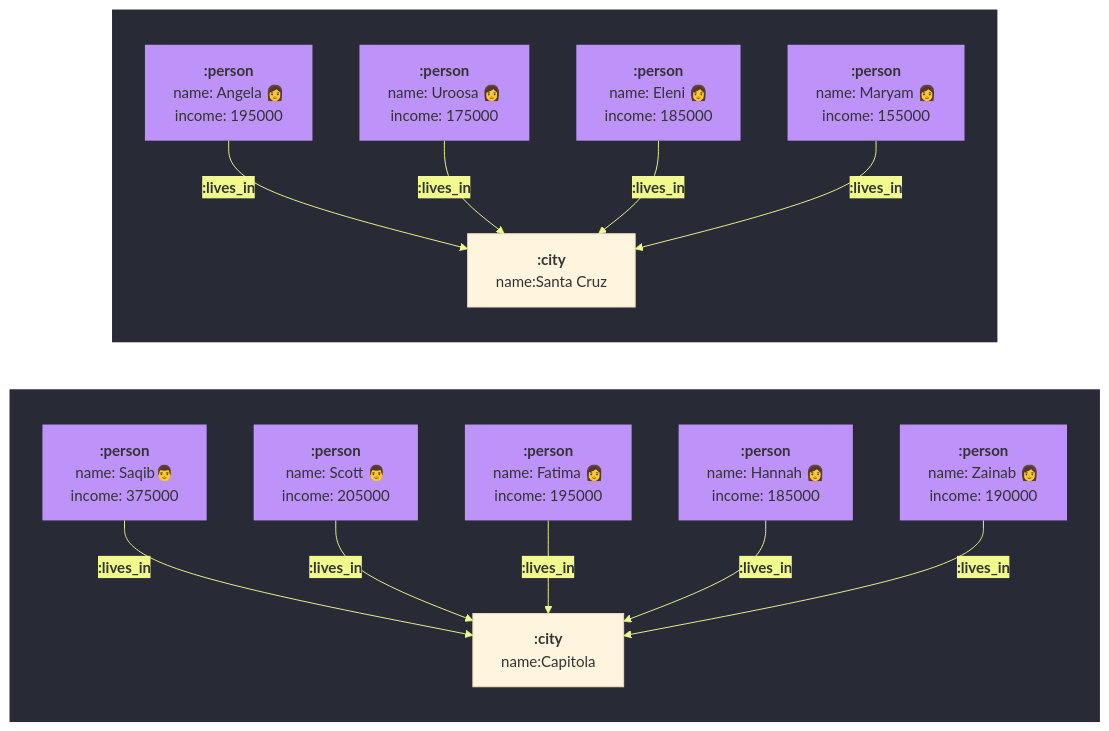
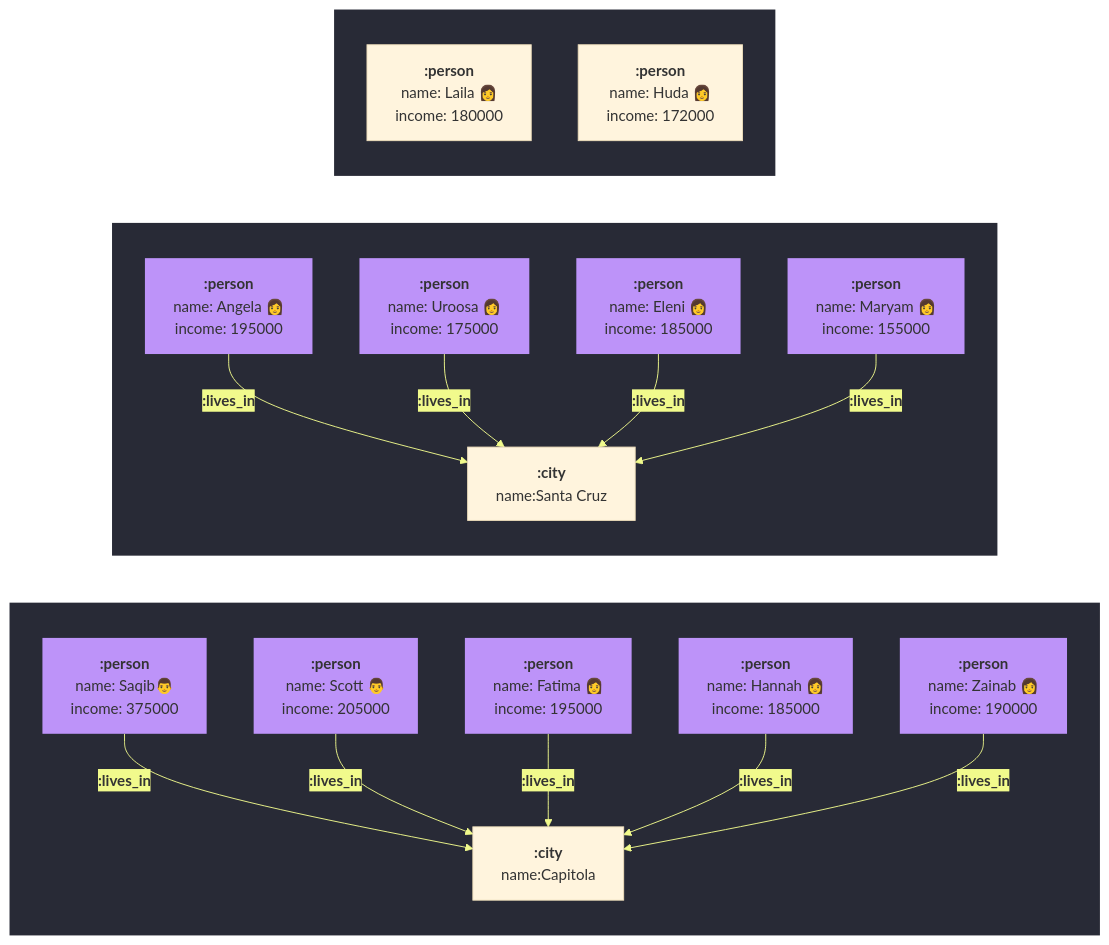
One commit to saqib-ali/docs changed the diagram in snippets/social-network-city.mdx. Above: the diagram before and after it, drawn with Mermaid.

Commit message:
Documentation edits made through Mintlify web editor

````diff
--- a/snippets/social-network-city.mdx
+++ b/snippets/social-network-city.mdx
@@ -1,52 +1,57 @@
 ```mermaid
 
 %%{init: {'theme':'base', 'themeVariables': {'lineColor':'#F1FA8C','secondaryColor':'#F1FA8C','background':'#282A36'}}}%%
 graph LR
 
     subgraph row1[" "]
 
     saqib[<b>:person</b><br/>name: Saqib👨<br/>income: 375000]
     scott[<b>:person</b><br/>name: Scott 👨<br/>income: 205000]
     fatima[<b>:person</b><br/>name: Fatima 👩<br/>income: 195000]
     hannah[<b>:person</b><br/>name: Hannah 👩<br/>income: 185000]
     zainab[<b>:person</b><br/>name: Zainab 👩<br/>income: 190000]
     capitola[<b>:city</b><br/>name:Capitola]
 
     end
 
     subgraph row2[" "]
     eleni[<b>:person</b><br/>name: Eleni 👩<br/>income: 185000]
     uroosa[<b>:person</b><br/>name: Uroosa 👩<br/>income: 175000]
     angela[<b>:person</b><br/>name: Angela 👩<br/>income: 195000]
     maryam[<b>:person</b><br/>name: Maryam 👩<br/>income: 155000]
     santacruz[<b>:city</b><br/>name:Santa Cruz]
+    end
+
+    subgraph row3[" "]
+    laila[<b>:person</b><br/>name: Laila 👩<br/>income: 180000]
+    huda[<b>:person</b><br/>name: Huda 👩<br/>income: 172000]
     end
 
     %% saqib -->|:relationship<br/>type: co-worker| fatima
     %% fatima -->|:relationship<br/>type: friend| eleni
     %% eleni -->|:relationship<br/>type: friend| uroosa
     %% saqib -->|:relationship<br/>type: friend| angela
     %% angela -->|:relationship<br/>type: co-worker| scott
     %% scott -->|:relationship<br/>type: friend| uroosa
 
 
     saqib -->|<b>:lives_in</b>| capitola
     scott -->|<b>:lives_in</b>| capitola
     fatima -->|<b>:lives_in</b>| capitola
     hannah -->|<b>:lives_in</b>| capitola
     zainab -->|<b>:lives_in</b>| capitola
 
 
 
     angela -->|<b>:lives_in</b>| santacruz
     uroosa -->|<b>:lives_in</b>| santacruz
     eleni -->|<b>:lives_in</b>| santacruz
     maryam -->|<b>:lives_in</b>| santacruz
 
 
     classDef nodes fill:#BD93F9,stroke-width:0px
     class saqib,fatima,angela,uroosa,eleni,scott,maryam,zainab,hannah nodes
 
     classDef subgraphStyle fill:#282A36, stroke-width:0px
     class row1,row2,row3 subgraphStyle
 ```
````
